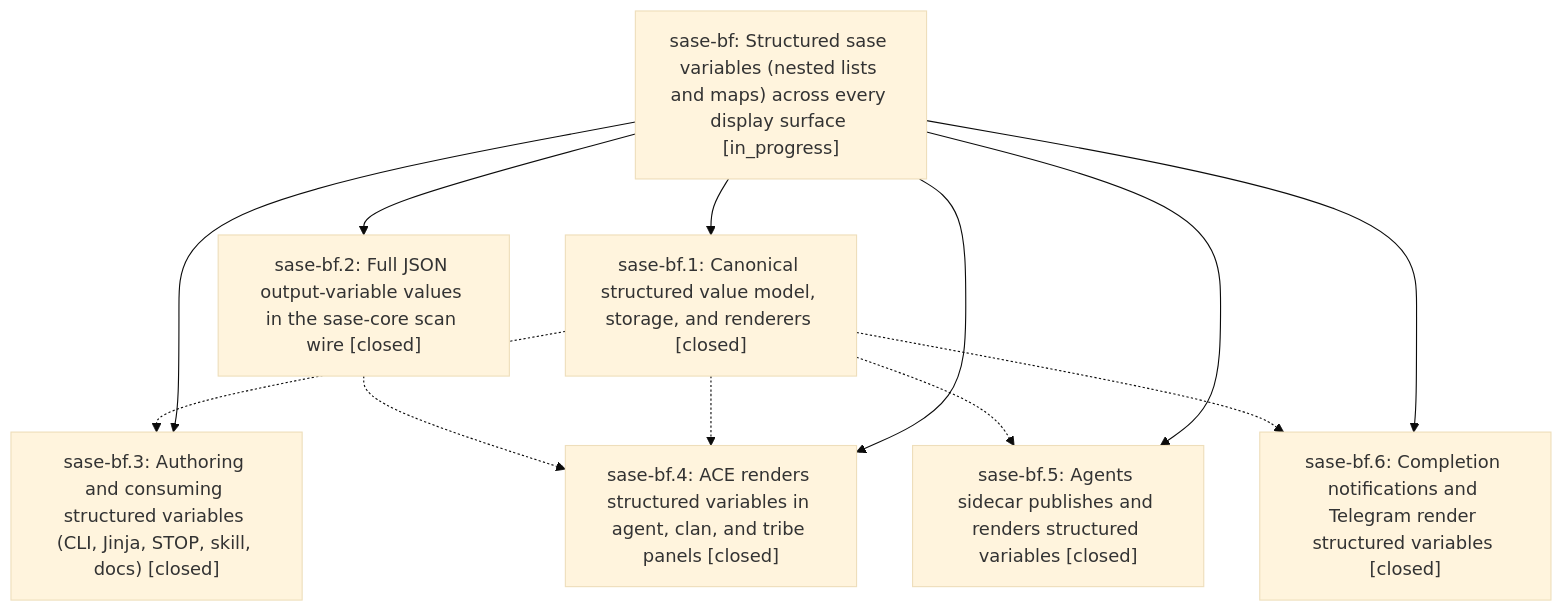
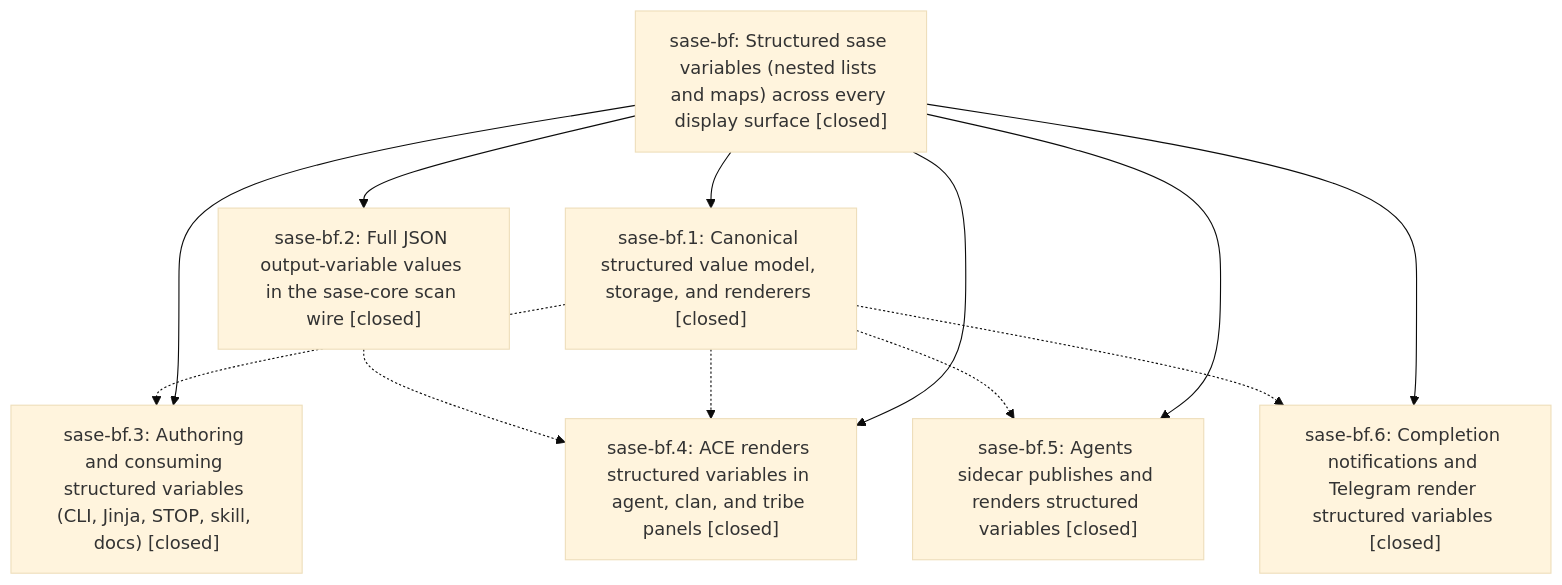
One commit to sase-org/sase--beads changed the diagram in pages/sase-bf/README.md. Above: the diagram before and after it, drawn with Mermaid (base theme). The commit also changed other lines of this file and 1 other file, not shown here.

First line of the commit message:
chore(beads): sync bead state and pages for sase-bf

````diff
--- a/pages/sase-bf/README.md
+++ b/pages/sase-bf/README.md
@@ -27,21 +31,21 @@
 ```mermaid
 flowchart TD
-    n0["sase-bf: Structured sase variables (nested lists and maps) across every display surface [in_progress]"]
+    n0["sase-bf: Structured sase variables (nested lists and maps) across every display surface [closed]"]
     n1["sase-bf.1: Canonical structured value model, storage, and renderers [closed]"]
     n2["sase-bf.2: Full JSON output-variable values in the sase-core scan wire [closed]"]
     n3["sase-bf.3: Authoring and consuming structured variables (CLI, Jinja, STOP, skill, docs) [closed]"]
     n4["sase-bf.4: ACE renders structured variables in agent, clan, and tribe panels [closed]"]
     n5["sase-bf.5: Agents sidecar publishes and renders structured variables [closed]"]
     n6["sase-bf.6: Completion notifications and Telegram render structured variables [closed]"]
     n0 --> n1
     n0 --> n2
     n0 --> n3
     n0 --> n4
     n0 --> n5
     n0 --> n6
     n1 -.-> n3
     n1 -.-> n4
     n1 -.-> n5
     n1 -.-> n6
     n2 -.-> n4
 ```
````
